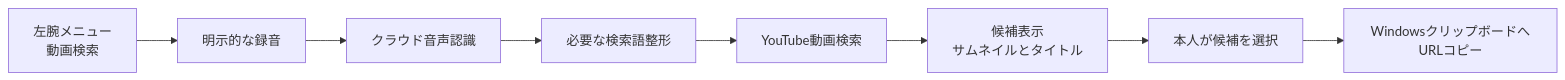
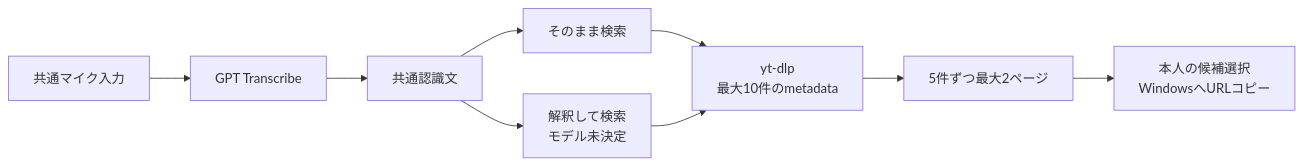
The diagram in docs/DESIGN-VIDEO-SEARCH.md (Na2ki-BB/vrchat-visual-assistant), drawn with Mermaid before and after one commit. The commit also changed other lines of this file and 2 other files, not shown here.

````diff
--- a/docs/DESIGN-VIDEO-SEARCH.md
+++ b/docs/DESIGN-VIDEO-SEARCH.md
@@ -125,10 +136,11 @@
 ```mermaid
 flowchart LR
-    T[左腕メニュー<br/>動画検索] --> A[明示的な録音]
-    A --> S[クラウド音声認識]
-    S --> Q[必要な検索語整形]
-    Q --> V[YouTube動画検索]
-    V --> R[候補表示<br/>サムネイルとタイトル]
-    R --> U[本人が候補を選択]
-    U --> C[WindowsクリップボードへURLコピー]
+    M[共通マイク入力] --> T[GPT Transcribe]
+    T --> X[共通認識文]
+    X --> D[そのまま検索]
+    X --> I[解釈して検索<br/>モデル未決定]
+    D --> Y[yt-dlp<br/>最大10件のmetadata]
+    I --> Y
+    Y --> R[5件ずつ最大2ページ]
+    R --> C[本人の候補選択<br/>WindowsへURLコピー]
 ```
````
